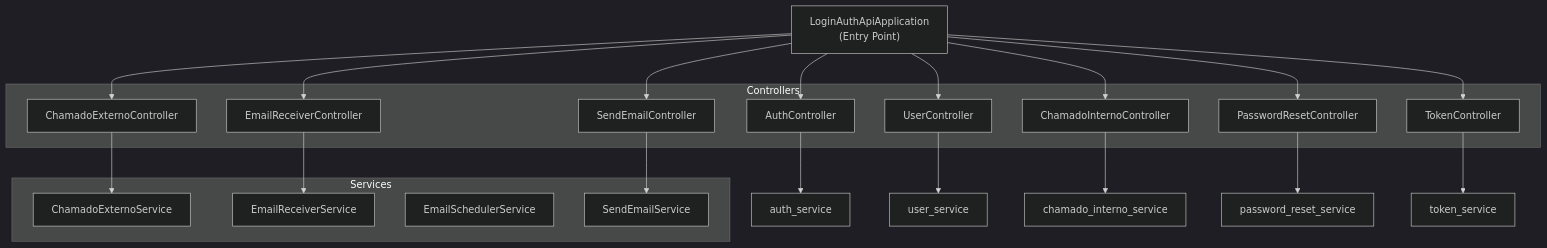
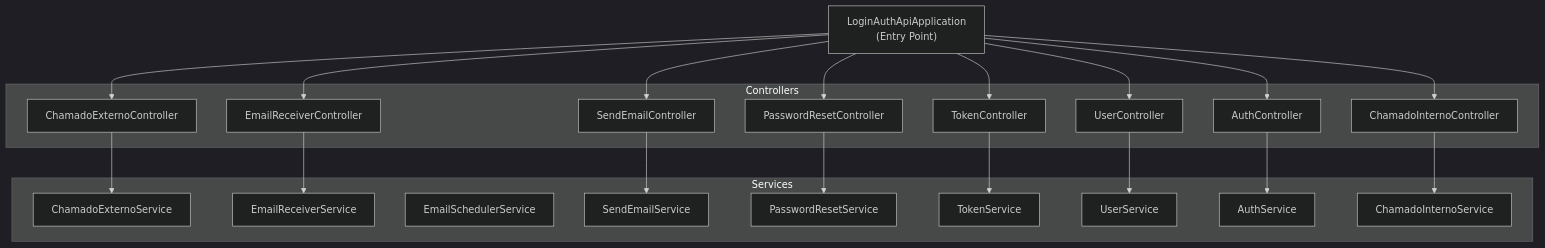
Before and after one commit to ifmt-cba/callme: the third of 10 diagrams in docs/SYSTEM_ARCHITECTURE.md, drawn with Mermaid (dark theme). The commit also changed other lines of this file and 2 other files, not shown here.

Commit message:
fix: add getTimestamp function

````diff
--- a/docs/SYSTEM_ARCHITECTURE.md
+++ b/docs/SYSTEM_ARCHITECTURE.md
@@ -201,40 +201,45 @@
 ```mermaid
 graph TD
     application["LoginAuthApiApplication<br>(Entry Point)"]
 
     subgraph "Controllers"
         auth_controller["AuthController"]
         user_controller["UserController"]
         chamado_externo_controller["ChamadoExternoController"]
         chamado_interno_controller["ChamadoInternoController"]
         email_receiver_controller["EmailReceiverController"]
         send_email_controller["SendEmailController"]
         password_reset_controller["PasswordResetController"]
         token_controller["TokenController"]
     end
 
     subgraph "Services"
         chamado_externo_service["ChamadoExternoService"]
         email_receiver_service["EmailReceiverService"]
         email_scheduler_service["EmailSchedulerService"]
         send_email_service["SendEmailService"]
+        password_reset_service["PasswordResetService"]
+        token_service["TokenService"]
+        user_service["UserService"]
+        auth_service["AuthService"]
+        chamado_interno_service["ChamadoInternoService"]
     end
 
     application --> auth_controller
     application --> user_controller
     application --> chamado_externo_controller
     application --> chamado_interno_controller
     application --> email_receiver_controller
     application --> send_email_controller
     application --> password_reset_controller
     application --> token_controller
 
     auth_controller --> auth_service
     user_controller --> user_service
     chamado_externo_controller --> chamado_externo_service
     chamado_interno_controller --> chamado_interno_service
     email_receiver_controller --> email_receiver_service
     send_email_controller --> send_email_service
     password_reset_controller --> password_reset_service
     token_controller --> token_service
 ```
````
